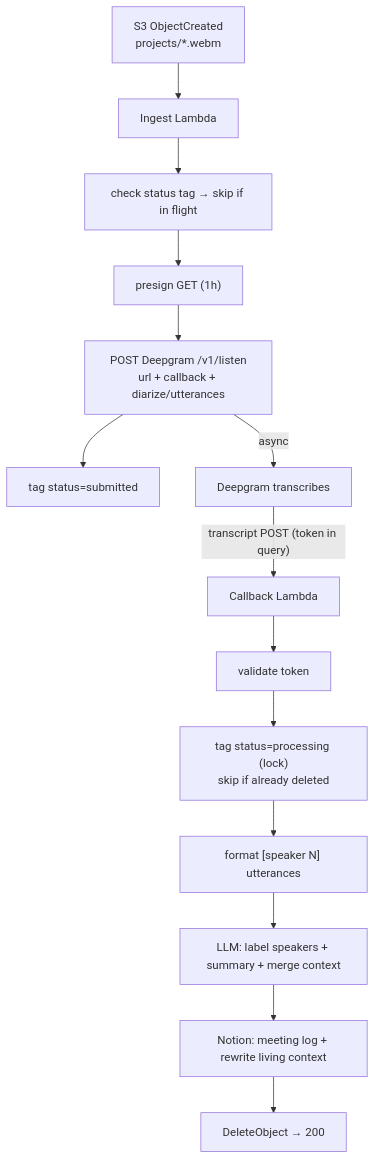
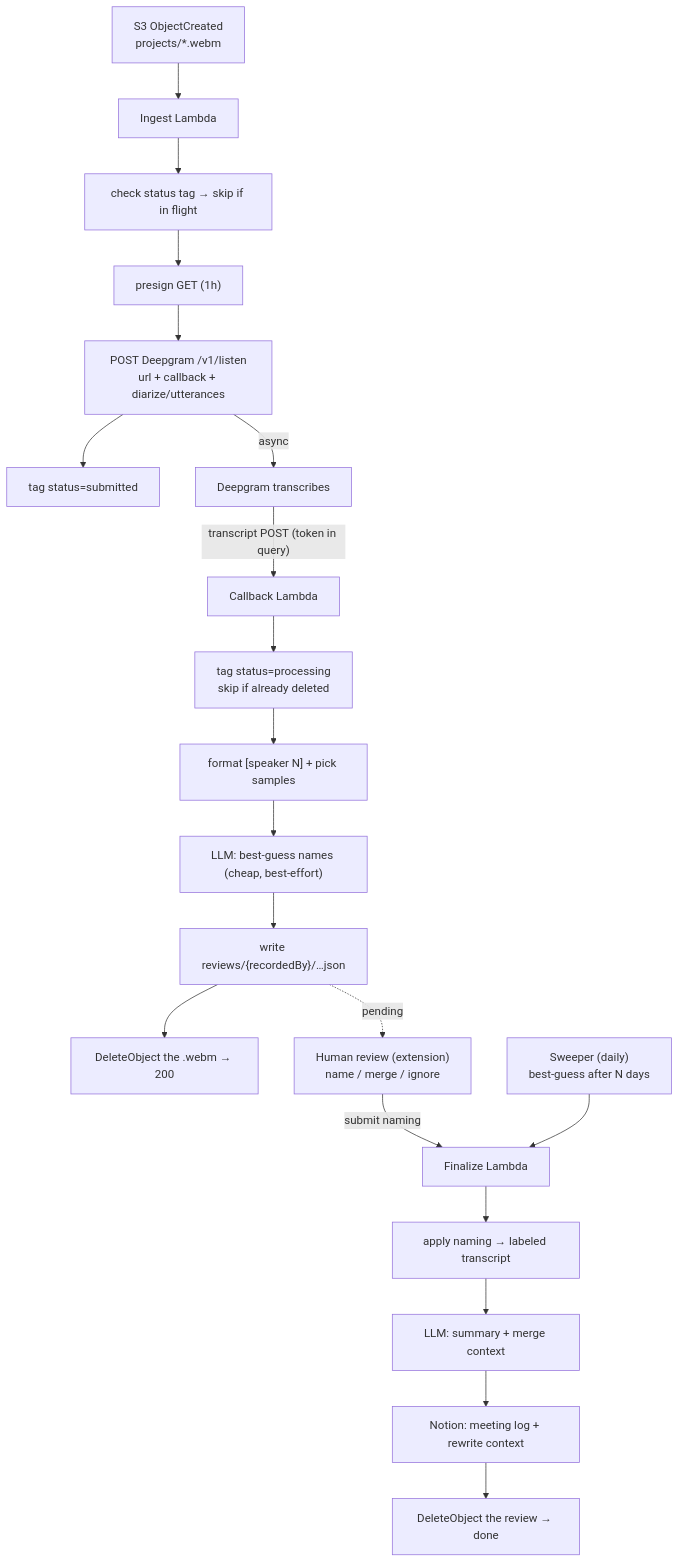
The second of 2 diagrams in spec.md (filadd/chrome-recorder), drawn with Mermaid before and after one commit. The commit also changed other lines of this file and 44 other files, not shown here.

First line of the commit message:
feat: human-in-the-loop speaker naming after transcription

````diff
--- a/spec.md
+++ b/spec.md
@@ -181,16 +196,22 @@
 ```mermaid
 flowchart TD
     OC["S3 ObjectCreated<br/>projects/*.webm"] --> ING["Ingest Lambda"]
     ING --> M1["check status tag → skip if in flight"]
     M1 --> PS["presign GET (1h)"]
     PS --> SUB["POST Deepgram /v1/listen<br/>url + callback + diarize/utterances"]
     SUB --> TAG1["tag status=submitted"]
     SUB -->|"async"| DG["Deepgram transcribes"]
     DG -->|"transcript POST (token in query)"| CB["Callback Lambda"]
-    CB --> V["validate token"]
-    V --> LK["tag status=processing (lock)<br/>skip if already deleted"]
-    LK --> F["format [speaker N] utterances"]
-    F --> P1["LLM: label speakers + summary + merge context"]
-    P1 --> P2["Notion: meeting log + rewrite living context"]
-    P2 --> DEL["DeleteObject → 200"]
+    CB --> LK["tag status=processing<br/>skip if already deleted"]
+    LK --> F["format [speaker N] + pick samples"]
+    F --> G["LLM: best-guess names (cheap, best-effort)"]
+    G --> WR["write reviews/{recordedBy}/…json"]
+    WR --> DEL["DeleteObject the .webm → 200"]
+    WR -.pending.-> RV["Human review (extension)<br/>name / merge / ignore"]
+    RV -->|"submit naming"| FIN["Finalize Lambda"]
+    SWP["Sweeper (daily)<br/>best-guess after N days"] --> FIN
+    FIN --> AP["apply naming → labeled transcript"]
+    AP --> P1["LLM: summary + merge context"]
+    P1 --> P2["Notion: meeting log + rewrite context"]
+    P2 --> DEL2["DeleteObject the review → done"]
 ```
````
